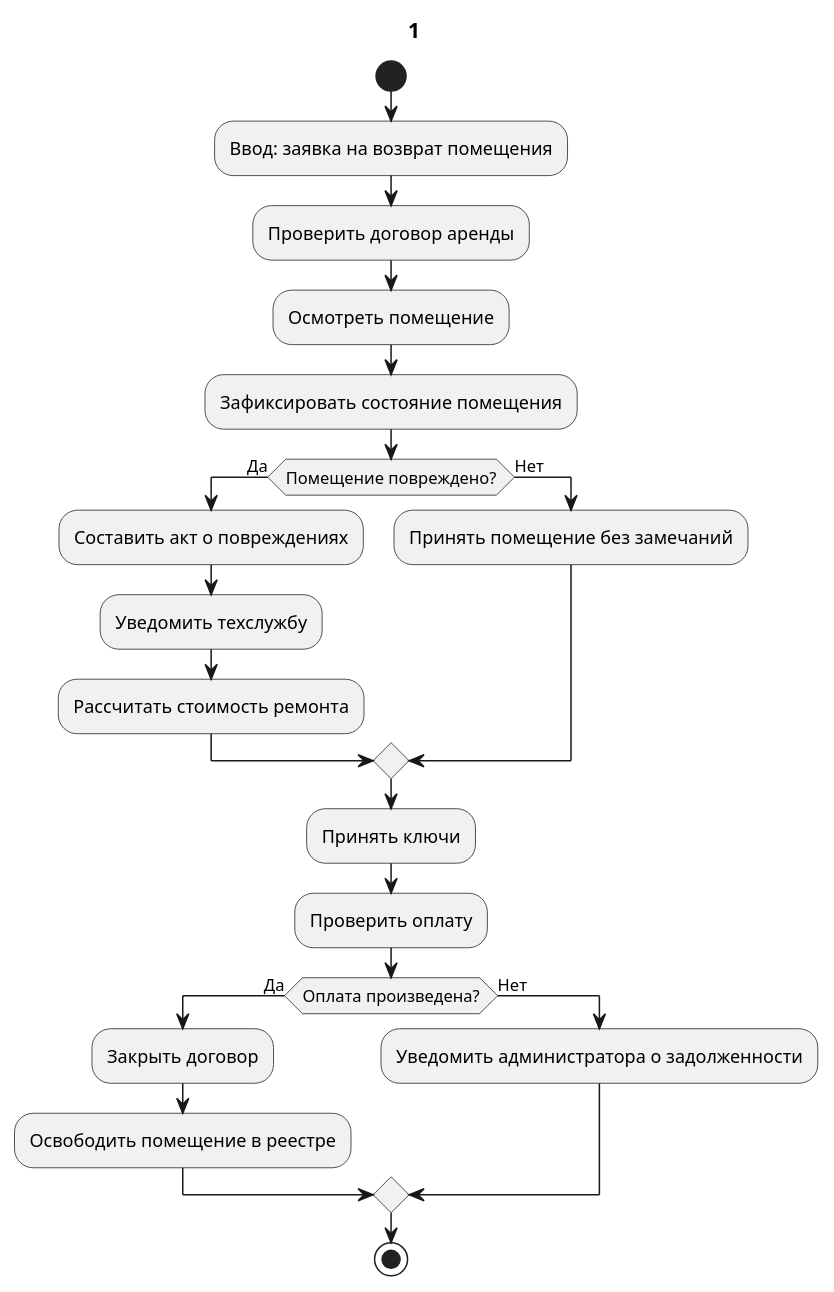
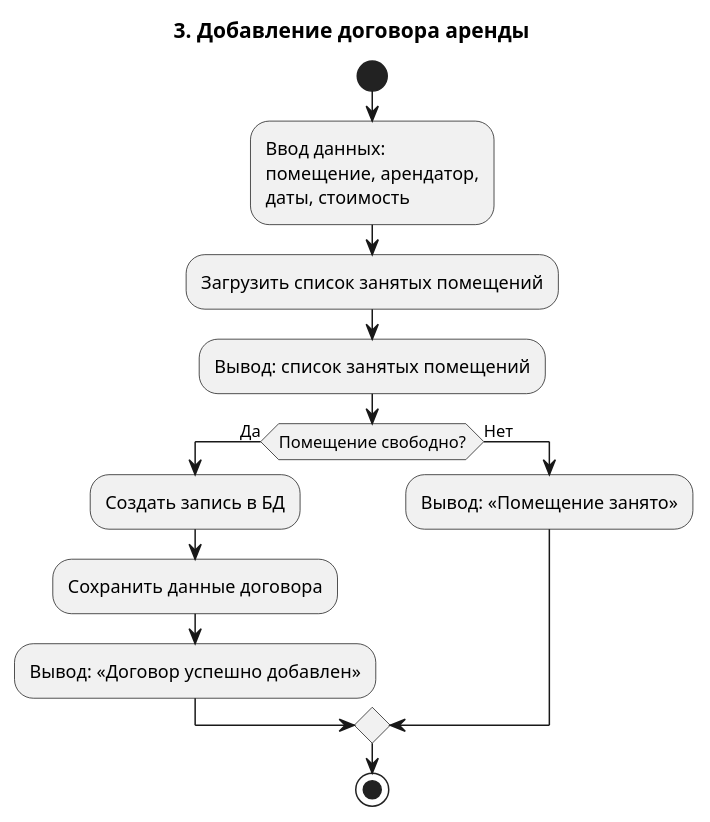
Before and after one commit to 1areseon1/gitExample: the diagram in docs/diagrams/1.puml, drawn with PlantUML. The commit also changed 6 other files, not shown here.

```diff
--- a/docs/diagrams/1.puml
+++ b/docs/diagrams/1.puml
@@ -1,29 +1,24 @@
 @startuml
-title 1
+title 3. Добавление договора аренды
 
 start
-:Ввод: заявка на возврат помещения;
-:Проверить договор аренды;
-:Осмотреть помещение;
-:Зафиксировать состояние помещения;
 
-if (Помещение повреждено?) then (Да)
-    :Составить акт о повреждениях;
-    :Уведомить техслужбу;
-    :Рассчитать стоимость ремонта;
+:Ввод данных:
+помещение, арендатор,
+даты, стоимость;
+
+:Загрузить список занятых помещений;
+
+:Вывод: список занятых помещений;
+
+if (Помещение свободно?) then (Да)
+    :Создать запись в БД;
+    :Сохранить данные договора;
+    :Вывод: «Договор успешно добавлен»;
 else (Нет)
-    :Принять помещение без замечаний;
-endif
-
-:Принять ключи;
-:Проверить оплату;
-
-if (Оплата произведена?) then (Да)
-    :Закрыть договор;
-    :Освободить помещение в реестре;
-else (Нет)
-    :Уведомить администратора о задолженности;
+    :Вывод: «Помещение занято»;
 endif
 
 stop
+
 @enduml
```
